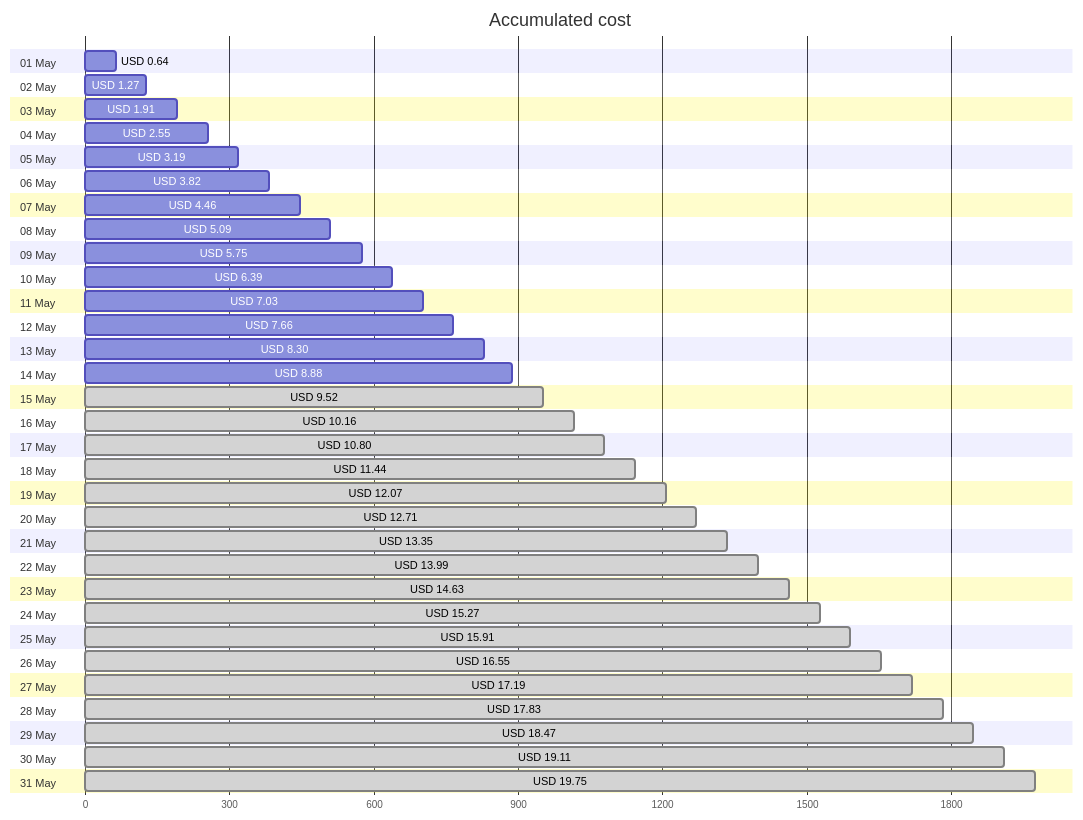
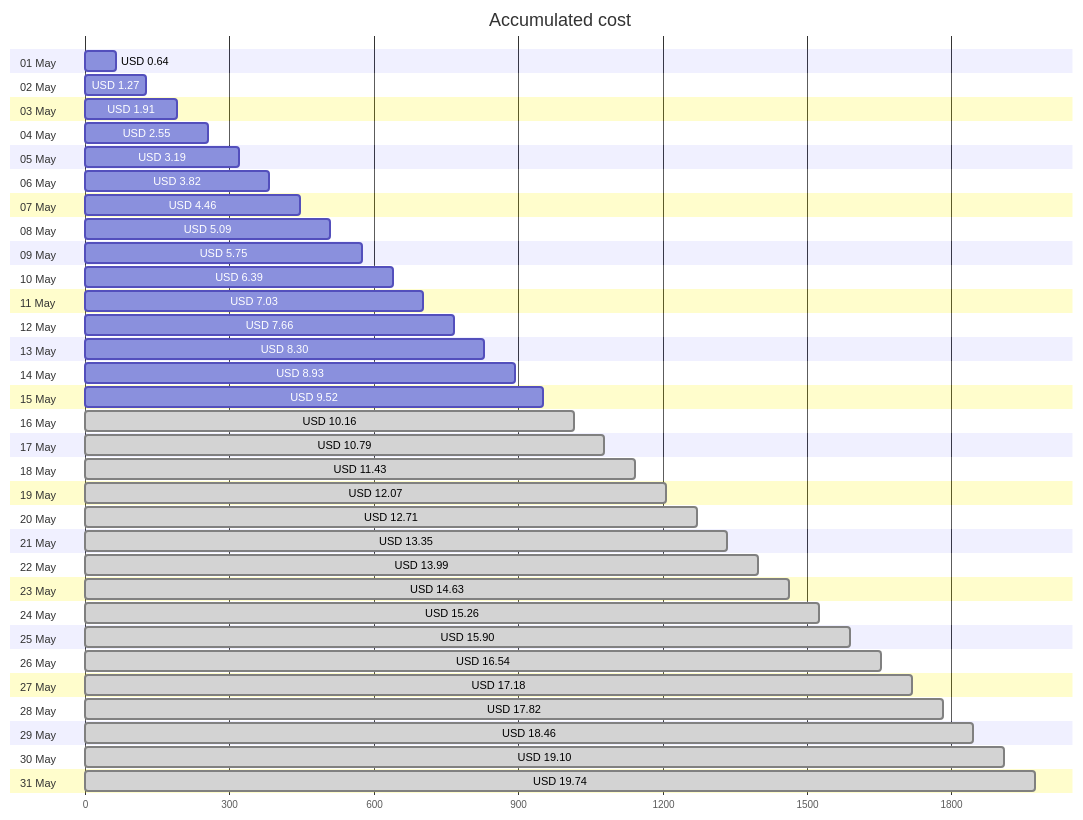
Before and after one commit to jpfulton/azure-personal-reports: the first of 4 diagrams in cost-reports/accumulated-cost.md, drawn with Mermaid. The commit also changed other lines of this file and 4 other files, not shown here.

````diff
--- a/cost-reports/accumulated-cost.md
+++ b/cost-reports/accumulated-cost.md
@@ -20,68 +20,68 @@
 ```mermaid
 gantt
    title Accumulated cost
    dateFormat  X
    axisFormat %s
    section 01 May
    USD 0.64 :0, 64
    section 02 May
    USD 1.27 :0, 127
    section 03 May
    USD 1.91 :0, 191
    section 04 May
    USD 2.55 :0, 255
    section 05 May
    USD 3.19 :0, 319
    section 06 May
    USD 3.82 :0, 382
    section 07 May
    USD 4.46 :0, 446
    section 08 May
    USD 5.09 :0, 509
    section 09 May
    USD 5.75 :0, 575
    section 10 May
    USD 6.39 :0, 639
    section 11 May
    USD 7.03 :0, 703
    section 12 May
    USD 7.66 :0, 766
    section 13 May
    USD 8.30 :0, 830
    section 14 May
-   USD 8.88 :0, 888
+   USD 8.93 :0, 893
    section 15 May
-   USD 9.52 : done, 0, 952
+   USD 9.52 :0, 952
    section 16 May
    USD 10.16 : done, 0, 1016
    section 17 May
-   USD 10.80 : done, 0, 1080
+   USD 10.79 : done, 0, 1079
    section 18 May
-   USD 11.44 : done, 0, 1144
+   USD 11.43 : done, 0, 1143
    section 19 May
    USD 12.07 : done, 0, 1207
    section 20 May
    USD 12.71 : done, 0, 1271
    section 21 May
    USD 13.35 : done, 0, 1335
    section 22 May
    USD 13.99 : done, 0, 1399
    section 23 May
    USD 14.63 : done, 0, 1463
    section 24 May
-   USD 15.27 : done, 0, 1527
+   USD 15.26 : done, 0, 1526
    section 25 May
-   USD 15.91 : done, 0, 1591
+   USD 15.90 : done, 0, 1590
    section 26 May
-   USD 16.55 : done, 0, 1655
+   USD 16.54 : done, 0, 1654
    section 27 May
-   USD 17.19 : done, 0, 1719
+   USD 17.18 : done, 0, 1718
    section 28 May
-   USD 17.83 : done, 0, 1783
+   USD 17.82 : done, 0, 1782
    section 29 May
-   USD 18.47 : done, 0, 1847
+   USD 18.46 : done, 0, 1846
    section 30 May
-   USD 19.11 : done, 0, 1911
+   USD 19.10 : done, 0, 1910
    section 31 May
-   USD 19.75 : done, 0, 1975
+   USD 19.74 : done, 0, 1974
 ```
````
